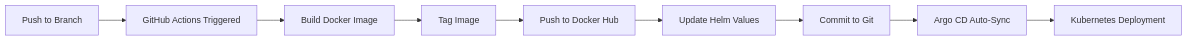
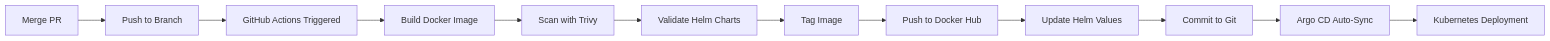
The second of 2 diagrams in CI_CD_PROCESS.md (Nomad-1111/n8n-kubernetes-cicd), drawn with Mermaid before and after one commit. The commit also changed other lines of this file and 2 other files, not shown here.

````diff
--- a/CI_CD_PROCESS.md
+++ b/CI_CD_PROCESS.md
@@ -29,11 +51,14 @@
 ```mermaid
 graph LR
-    A[Push to Branch] --> B[GitHub Actions Triggered]
-    B --> C[Build Docker Image]
-    C --> D[Tag Image]
-    D --> E[Push to Docker Hub]
-    E --> F[Update Helm Values]
-    F --> G[Commit to Git]
-    G --> H[Argo CD Auto-Sync]
-    H --> I[Kubernetes Deployment]
+    A[Merge PR] --> B[Push to Branch]
+    B --> C[GitHub Actions Triggered]
+    C --> D[Build Docker Image]
+    D --> E[Scan with Trivy]
+    E --> F[Validate Helm Charts]
+    F --> G[Tag Image]
+    G --> H[Push to Docker Hub]
+    H --> I[Update Helm Values]
+    I --> J[Commit to Git]
+    J --> K[Argo CD Auto-Sync]
+    K --> L[Kubernetes Deployment]
 ```
````
